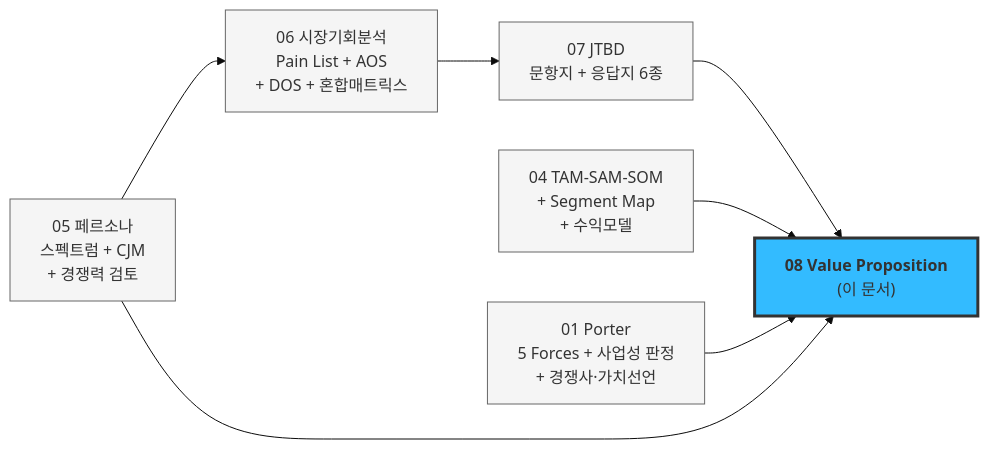
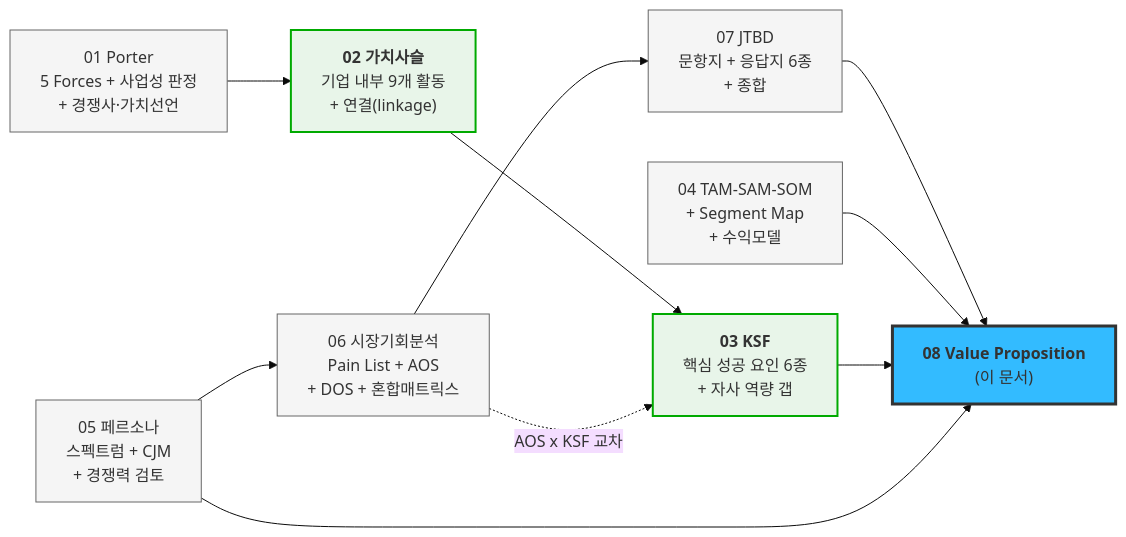
Before and after one commit to STERNYUL/business_research_202608: the first of 6 diagrams in 08_value-proposition/VALUE-PROPOSITION_자산가치평가인프라_claude-opus-5-1m_effort-high.md, drawn with Mermaid (base theme). The commit also changed other lines of this file and 1 other file, not shown here.

First line of the commit message:
docs: 여정지도 갱신, VP를 가치사슬·KSF와 연결

````diff
--- a/08_value-proposition/VALUE-PROPOSITION_자산가치평가인프라_claude-opus-5-1m_effort-high.md
+++ b/08_value-proposition/VALUE-PROPOSITION_자산가치평가인프라_claude-opus-5-1m_effort-high.md
@@ -13,16 +13,20 @@
 ```mermaid
 graph LR
     P["01 Porter<br/>5 Forces + 사업성 판정<br/>+ 경쟁사·가치선언"]:::a
+    VC["<b>02 가치사슬</b><br/>기업 내부 9개 활동<br/>+ 연결(linkage)"]:::n
+    K["<b>03 KSF</b><br/>핵심 성공 요인 6종<br/>+ 자사 역량 갭"]:::n
     T["04 TAM-SAM-SOM<br/>+ Segment Map<br/>+ 수익모델"]:::a
     C["05 페르소나<br/>스펙트럼 + CJM<br/>+ 경쟁력 검토"]:::a
     O["06 시장기회분석<br/>Pain List + AOS<br/>+ DOS + 혼합매트릭스"]:::a
-    J["07 JTBD<br/>문항지 + 응답지 6종"]:::a
+    J["07 JTBD<br/>문항지 + 응답지 6종<br/>+ 종합"]:::a
 
     C --> O --> J --> V["<b>08 Value Proposition</b><br/>(이 문서)"]:::v
     T --> V
-    P --> V
+    P --> VC --> K --> V
     C --> V
+    O -.->|"AOS x KSF 교차"| K
 
     classDef a fill:#F5F5F5,stroke:#666;
+    classDef n fill:#E8F5E9,stroke:#0A0,stroke-width:2px;
     classDef v fill:#33BBFF,stroke:#333,stroke-width:3px;
 ```
````
